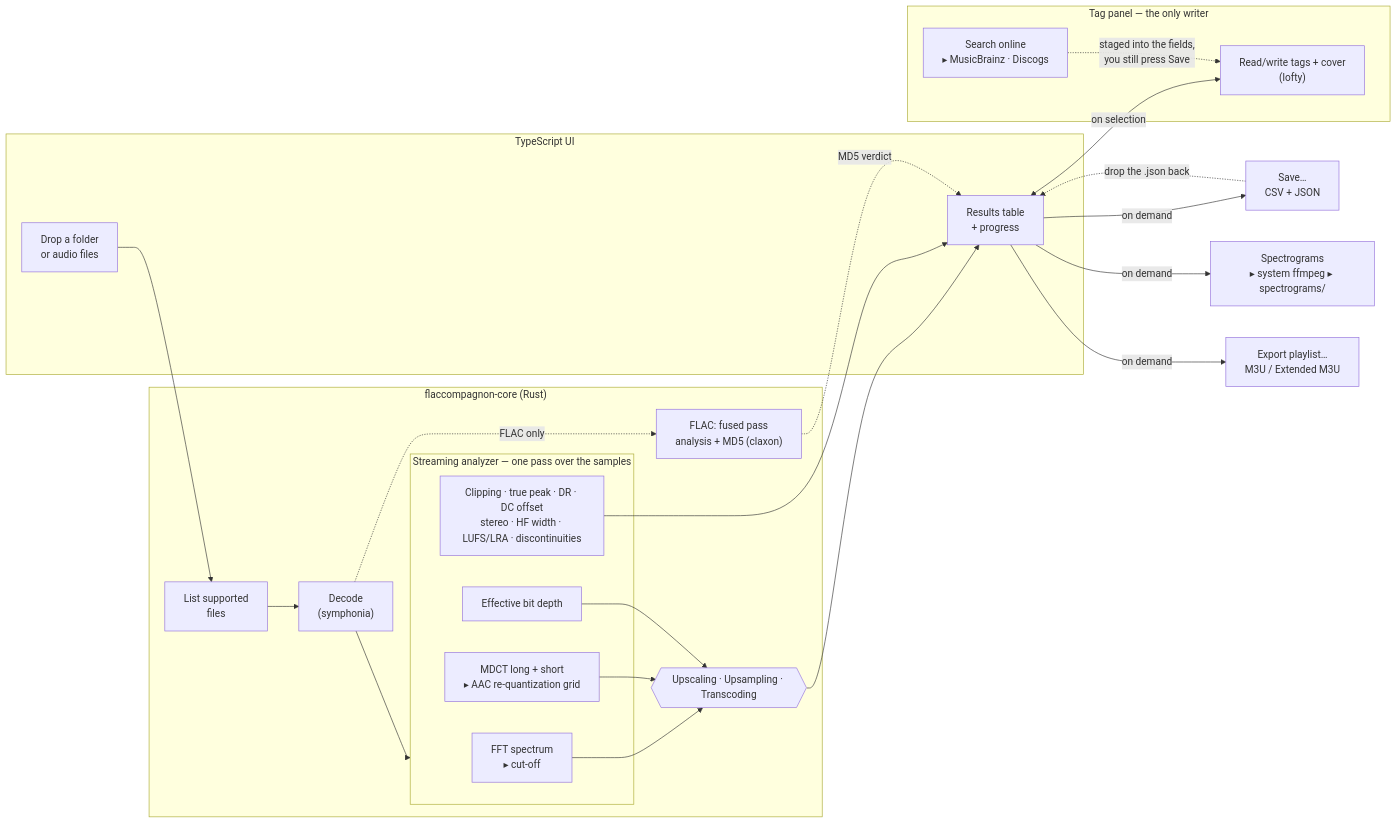
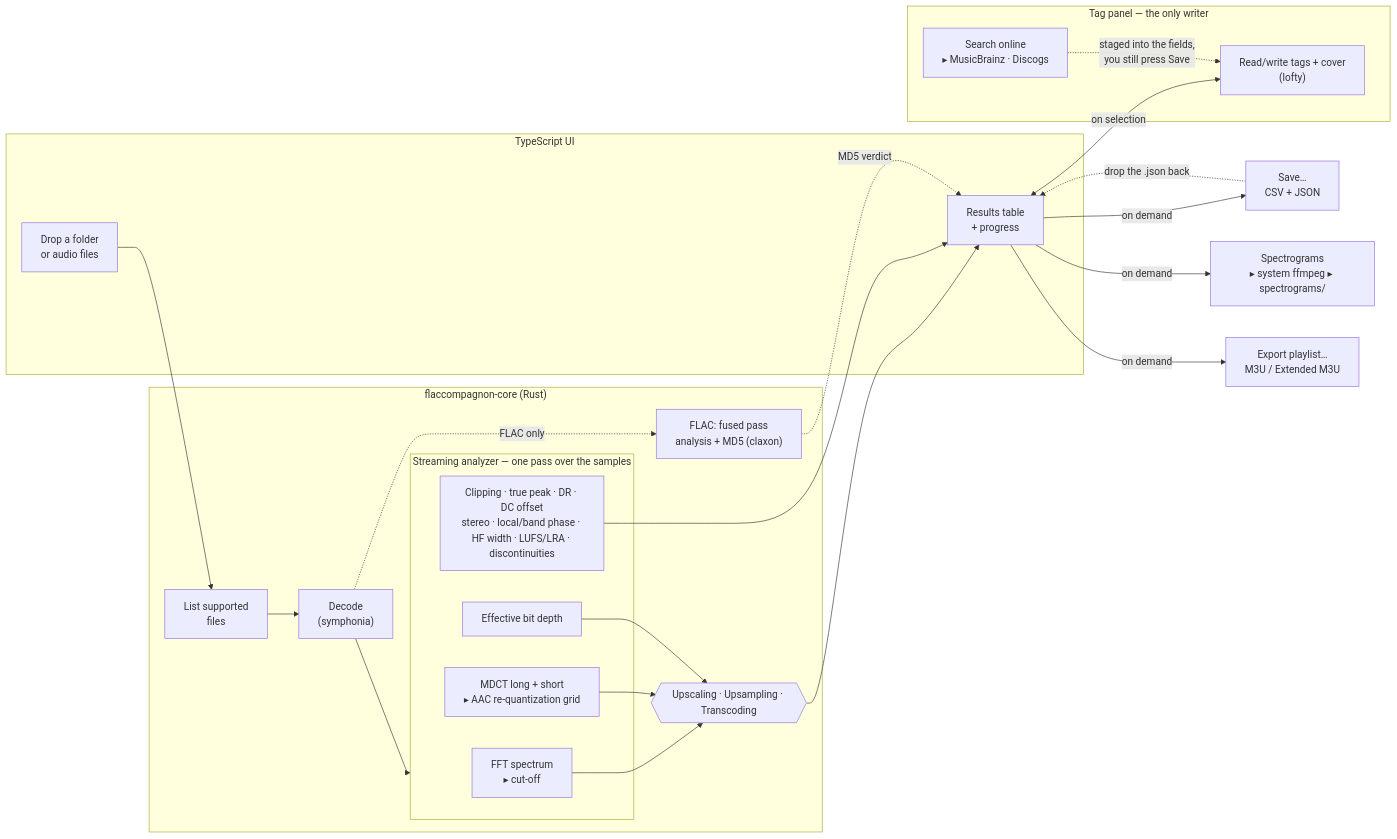
One commit to craft-and-code/FlacCompagnon changed the diagram in README.md. Above: the diagram before and after it, drawn with Mermaid. The commit also changed other lines of this file and 25 other files, not shown here.

Commit message:
New analysis: local phase

````diff
--- a/README.md
+++ b/README.md
@@ -181,44 +182,44 @@
 ```mermaid
 flowchart LR
     subgraph UI["TypeScript UI"]
         drop["Drop a folder<br/>or audio files"]
         table["Results table<br/>+ progress"]
     end
 
     subgraph core["flaccompagnon-core (Rust)"]
         list["List supported<br/>files"]
         decode["Decode<br/>(symphonia)"]
         fused["FLAC: fused pass<br/>analysis + MD5 (claxon)"]
 
         subgraph analyzer["Streaming analyzer — one pass over the samples"]
             fft["FFT spectrum<br/>▸ cut-off"]
             mdct["MDCT long + short<br/>▸ AAC re-quantization grid"]
             bits["Effective bit depth"]
-            levels["Clipping · true peak · DR · DC offset<br/>stereo · HF width · LUFS/LRA · discontinuities"]
+            levels["Clipping · true peak · DR · DC offset<br/>stereo · local/band phase · HF width · LUFS/LRA · discontinuities"]
         end
 
         verdict{{"Upscaling · Upsampling · Transcoding"}}
     end
 
     save["Save…<br/>CSV + JSON"]
     spectro["Spectrograms<br/>▸ system ffmpeg ▸ spectrograms/"]
     m3u["Export playlist…<br/>M3U / Extended M3U"]
 
     subgraph tagging["Tag panel — the only writer"]
         tags["Read/write tags + cover<br/>(lofty)"]
         online["Search online<br/>▸ MusicBrainz · Discogs"]
     end
 
     drop --> list --> decode --> analyzer
     decode -.->|FLAC only| fused
     fft & mdct & bits --> verdict
     verdict --> table
     levels --> table
     fused -.->|MD5 verdict| table
     table -->|on demand| save
     table -->|on demand| spectro
     table -->|on demand| m3u
     save -.->|drop the .json back| table
     table <-->|on selection| tags
     online -.->|staged into the fields,<br/>you still press Save| tags
 ```
````
